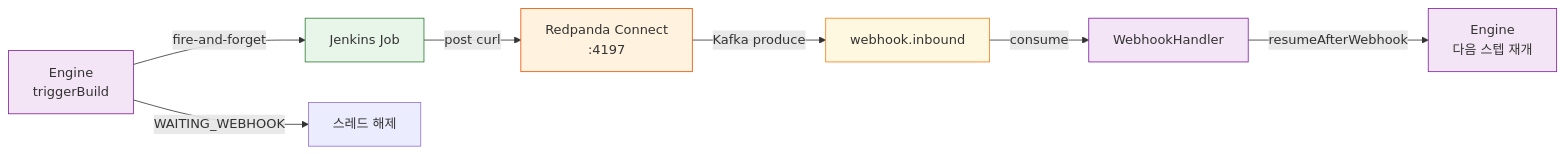
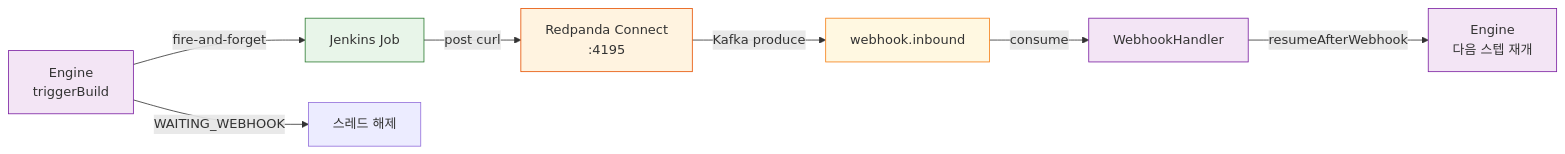
Before and after one commit to scofe97/Redpanda-PlayGround: the diagram in docs/demo-script.md, drawn with Mermaid. The commit also changed other lines of this file and 20 other files, not shown here.

````diff
--- a/docs/demo-script.md
+++ b/docs/demo-script.md
@@ -387,16 +387,16 @@
 ```mermaid
 flowchart LR
     A["Engine<br/>triggerBuild"] -->|"fire-and-forget"| B["Jenkins Job"]
     A -->|"WAITING_WEBHOOK"| C["스레드 해제"]
-    B -->|"post curl"| D["Redpanda Connect<br/>:4197"]
+    B -->|"post curl"| D["Redpanda Connect<br/>:4195"]
     D -->|"Kafka produce"| E["webhook.inbound"]
     E -->|"consume"| F["WebhookHandler"]
     F -->|"resumeAfterWebhook"| G["Engine<br/>다음 스텝 재개"]
 
     style A fill:#f3e5f5,stroke:#7b1fa2,color:#333
     style B fill:#e8f5e9,stroke:#2e7d32,color:#333
     style D fill:#fff3e0,stroke:#e65100,color:#333
     style E fill:#fff8e1,stroke:#f57f17,color:#333
     style F fill:#f3e5f5,stroke:#7b1fa2,color:#333
     style G fill:#f3e5f5,stroke:#7b1fa2,color:#333
 ```
````
